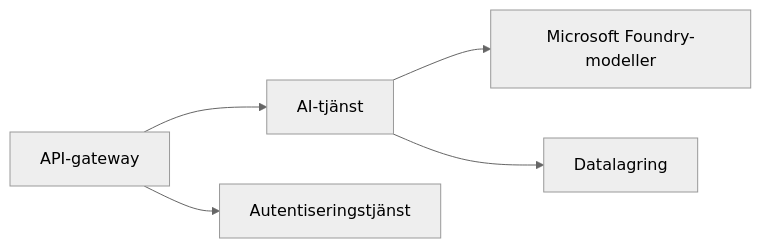
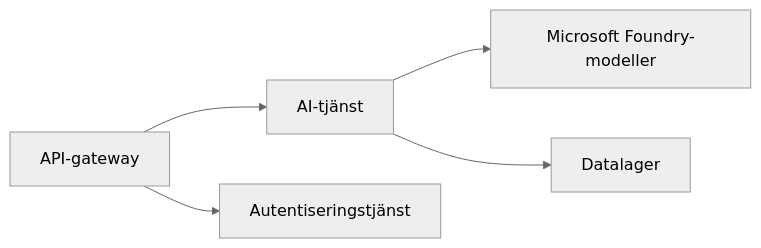
Before and after one commit to microsoft/AZD-for-beginners: the first of 2 diagrams in translations/sv/docs/chapter-08-production/README.md, drawn with Mermaid (neutral theme). The commit also changed other lines of this file and 104 other files, not shown here.

````diff
--- a/translations/sv/docs/chapter-08-production/README.md
+++ b/translations/sv/docs/chapter-08-production/README.md
@@ -48,6 +48,6 @@
 ```mermaid
 graph LR
     Gateway[API-gateway] --> AI[AI-tjänst] --> Models[Microsoft Foundry-modeller]
     Gateway --> Auth[Autentiseringstjänst]
-    AI --> Data[Datalagring]
+    AI --> Data[Datalager]
 ```
````
